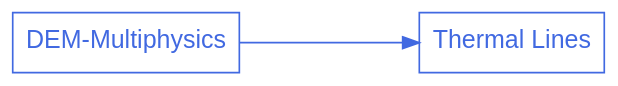
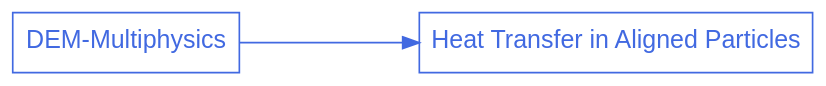
Before and after one commit to chaos-polymtl/lethe: the diagram in doc/source/examples/dem-mp/dem-mp.rst, drawn with Graphviz. The commit also changed other lines of this file and 19 other files, not shown here.

```diff
--- a/doc/source/examples/dem-mp/dem-mp.rst
+++ b/doc/source/examples/dem-mp/dem-mp.rst
@@ -14,16 +14,16 @@
 .. graphviz:: 
 
     digraph dem_mp_diagram {
       graph [bgcolor="transparent", align=true, ranksep=1.5];
       node [fontname=Arial, fontsize=15, shape=box, fontcolor=royalblue, color=royalblue];
       edge [color=royalblue];
       rankdir="LR";
       size = "9,9";
       
       dem_mp [label="DEM-Multiphysics", href="https://chaos-polymtl.github.io/lethe/documentation/examples/dem-mp/dem-mp.html"];
 
-      dem_mp_1 [label="Thermal Lines", href="https://chaos-polymtl.github.io/lethe/documentation/examples/dem-mp/thermal-lines/thermal-lines.html"];
+      dem_mp_1 [label="Heat Transfer in Aligned Particles", href="https://chaos-polymtl.github.io/lethe/documentation/examples/dem-mp/heat-transfer-in-aligned-particles/heat-transfer-in-aligned-particles.html"];
 
       dem_mp -> dem_mp_1:w;
    
     }
```
